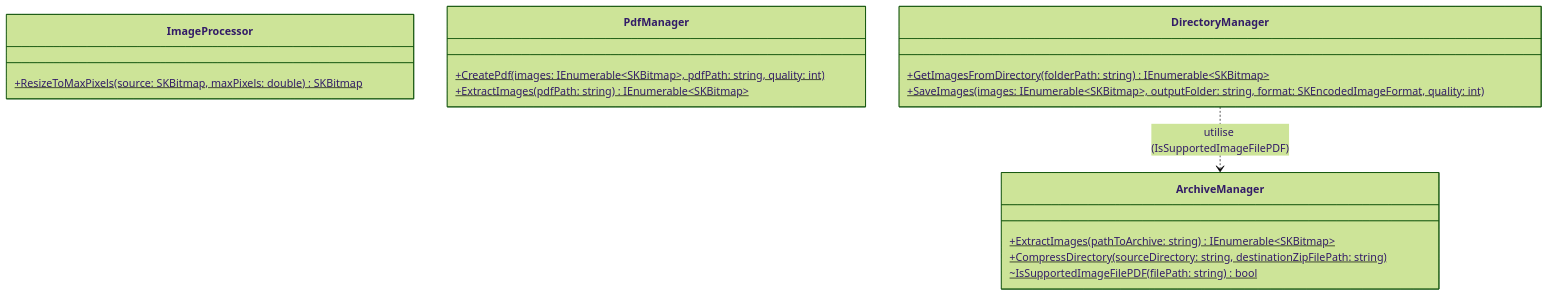
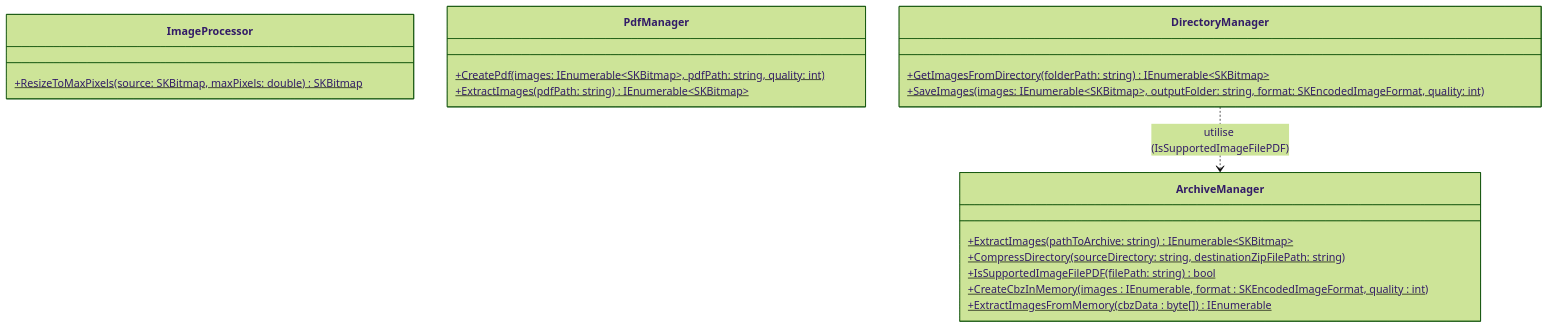
One commit to Hoferlukaslh/ScholarLog changed the diagram in PoC/CBZ/README.md. Above: the diagram before and after it, drawn with Mermaid (forest theme).

Commit message:
Correction documentation README.md

````diff
--- a/PoC/CBZ/README.md
+++ b/PoC/CBZ/README.md
@@ -16,31 +16,34 @@
 ``` mermaid
 classDiagram
 
   class ImageProcessor {
     %% Responsabilité : Manipulation d'images en mémoire %%
     +ResizeToMaxPixels(source: SKBitmap, maxPixels: double) SKBitmap$
   }
 
   class PdfManager {
     %% Responsabilité : Génération et lecture de PDF %%
     +CreatePdf(images: IEnumerable~SKBitmap~, pdfPath: string, quality: int)$
     +ExtractImages(pdfPath: string) IEnumerable~SKBitmap~$
   }
 
   class ArchiveManager {
     %% Responsabilité : Manipulation de fichiers compressés %%
     +ExtractImages(pathToArchive: string) IEnumerable~SKBitmap~$
     +CompressDirectory(sourceDirectory: string, destinationZipFilePath: string)$
-    ~IsSupportedImageFilePDF(filePath: string) bool$
+    +IsSupportedImageFilePDF(filePath: string) bool$
+    +CreateCbzInMemory(images : IEnumerable<SKBitmap>, format : SKEncodedImageFormat, quality : int)$
+    +ExtractImagesFromMemory(cbzData : byte[]) IEnumerable<SKBitmap>$
+    
   }
 
   class DirectoryManager {
     %% Responsabilité : Interactions avec les dossiers classiques %%
     +GetImagesFromDirectory(folderPath: string) IEnumerable~SKBitmap~$
     +SaveImages(images: IEnumerable~SKBitmap~, outputFolder: string, format: SKEncodedImageFormat, quality: int)$
   }
 
   %% Relations d'utilisation (dépendances) %%
   DirectoryManager ..> ArchiveManager : utilise (IsSupportedImageFilePDF)
     
 ```
````
